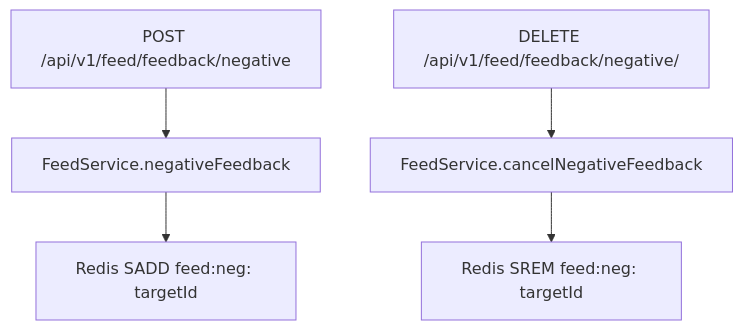
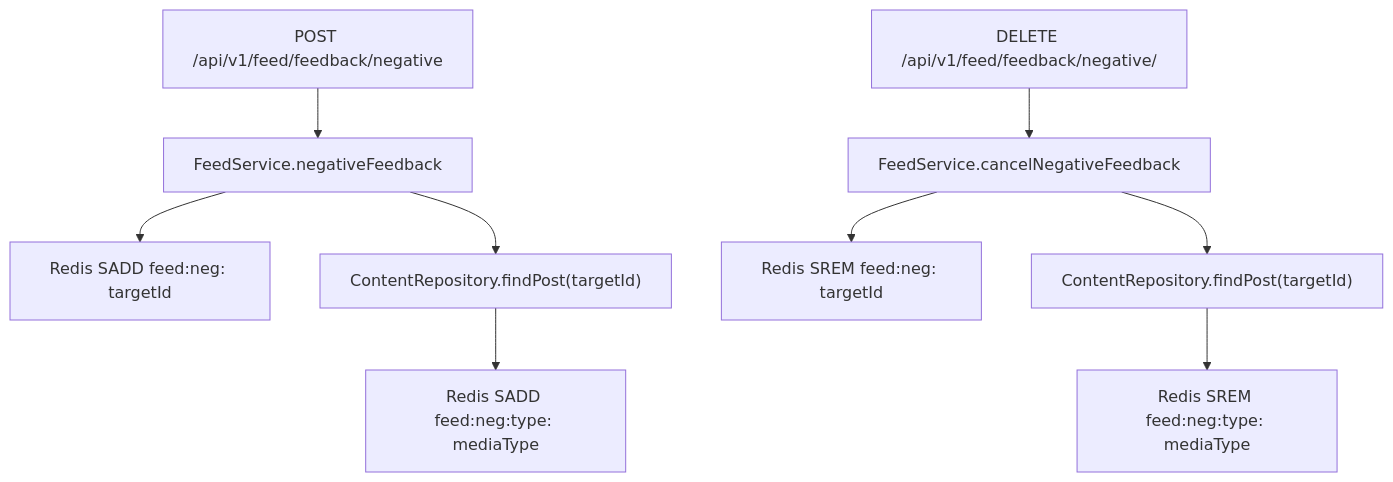
The fourth of 4 diagrams in .codex/distribution-feed-implementation-ezRead.md (Yager-42/--), drawn with Mermaid before and after one commit. The commit also changed other lines of this file and 9 other files, not shown here.

````diff
--- a/.codex/distribution-feed-implementation-ezRead.md
+++ b/.codex/distribution-feed-implementation-ezRead.md
@@ -122,7 +124,11 @@
 ```mermaid
 graph TD
   NF[POST /api/v1/feed/feedback/negative] --> A[FeedService.negativeFeedback]
-  A --> SADD["Redis SADD feed:neg:<userId> targetId"]
+  A --> SADD_POST["Redis SADD feed:neg:<userId> targetId"]
+  A --> FIND["ContentRepository.findPost(targetId)"]
+  FIND --> SADD_TYPE["Redis SADD feed:neg:type:<userId> mediaType"]
   CNF["DELETE /api/v1/feed/feedback/negative/<targetId>"] --> Rm[FeedService.cancelNegativeFeedback]
-  Rm --> SREM["Redis SREM feed:neg:<userId> targetId"]
+  Rm --> SREM_POST["Redis SREM feed:neg:<userId> targetId"]
+  Rm --> FIND2["ContentRepository.findPost(targetId)"]
+  FIND2 --> SREM_TYPE["Redis SREM feed:neg:type:<userId> mediaType"]
 ```
````
